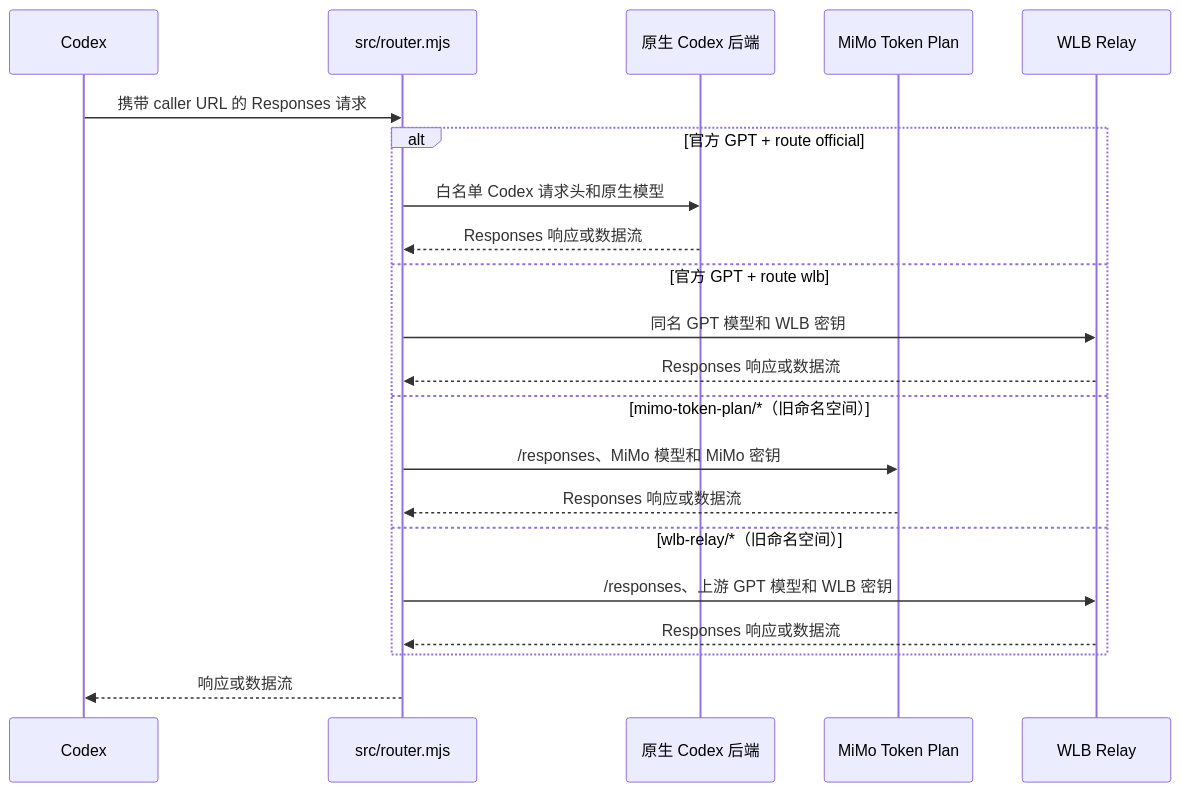
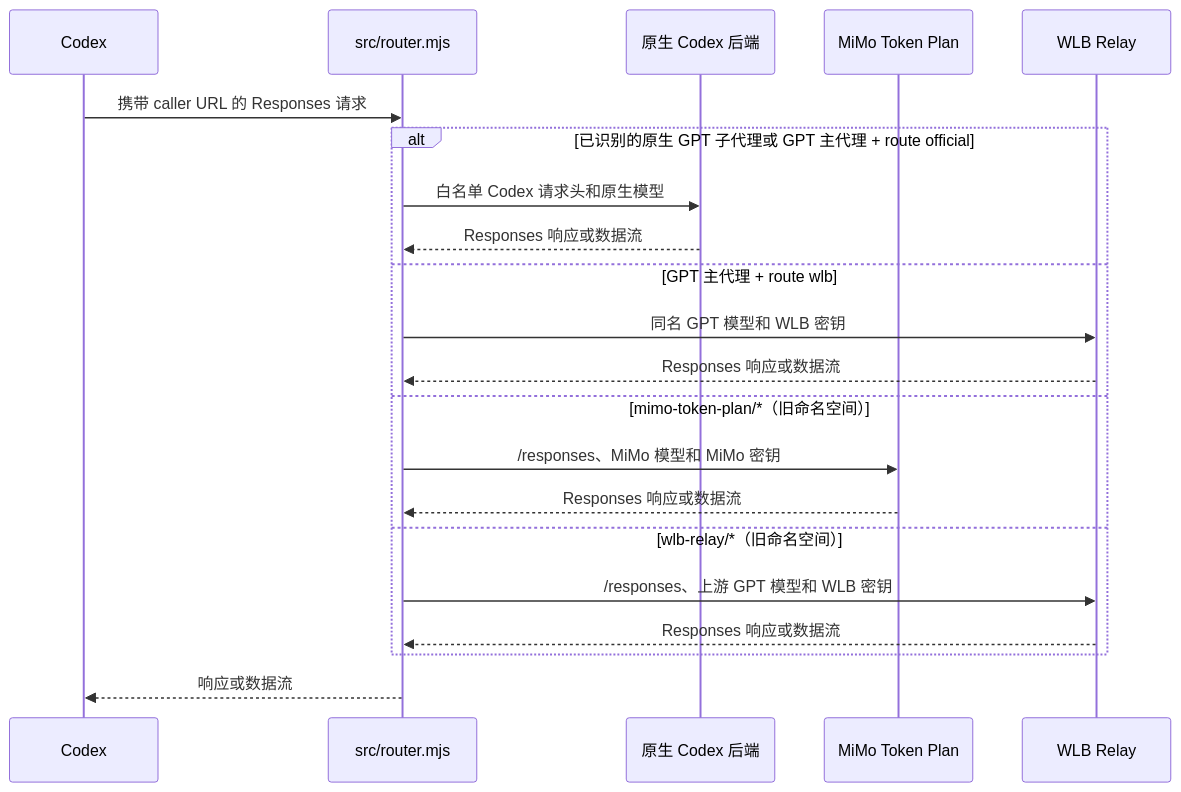
The diagram in docs/HOW-IT-WORKS.md (DKalien/codex-router), drawn with Mermaid before and after one commit. The commit also changed other lines of this file and 7 other files, not shown here.

````diff
--- a/docs/HOW-IT-WORKS.md
+++ b/docs/HOW-IT-WORKS.md
@@ -10,24 +10,24 @@
 ```mermaid
 sequenceDiagram
   participant C as Codex
   participant R as src/router.mjs
   participant N as 原生 Codex 后端
   participant M as MiMo Token Plan
   participant W as WLB Relay
 
   C->>R: 携带 caller URL 的 Responses 请求
-  alt 官方 GPT + route official
+  alt 已识别的原生 GPT 子代理或 GPT 主代理 + route official
     R->>N: 白名单 Codex 请求头和原生模型
     N-->>R: Responses 响应或数据流
-  else 官方 GPT + route wlb
+  else GPT 主代理 + route wlb
     R->>W: 同名 GPT 模型和 WLB 密钥
     W-->>R: Responses 响应或数据流
   else mimo-token-plan/*（旧命名空间）
     R->>M: /responses、MiMo 模型和 MiMo 密钥
     M-->>R: Responses 响应或数据流
   else wlb-relay/*（旧命名空间）
     R->>W: /responses、上游 GPT 模型和 WLB 密钥
     W-->>R: Responses 响应或数据流
   end
   R-->>C: 响应或数据流
 ```
````
